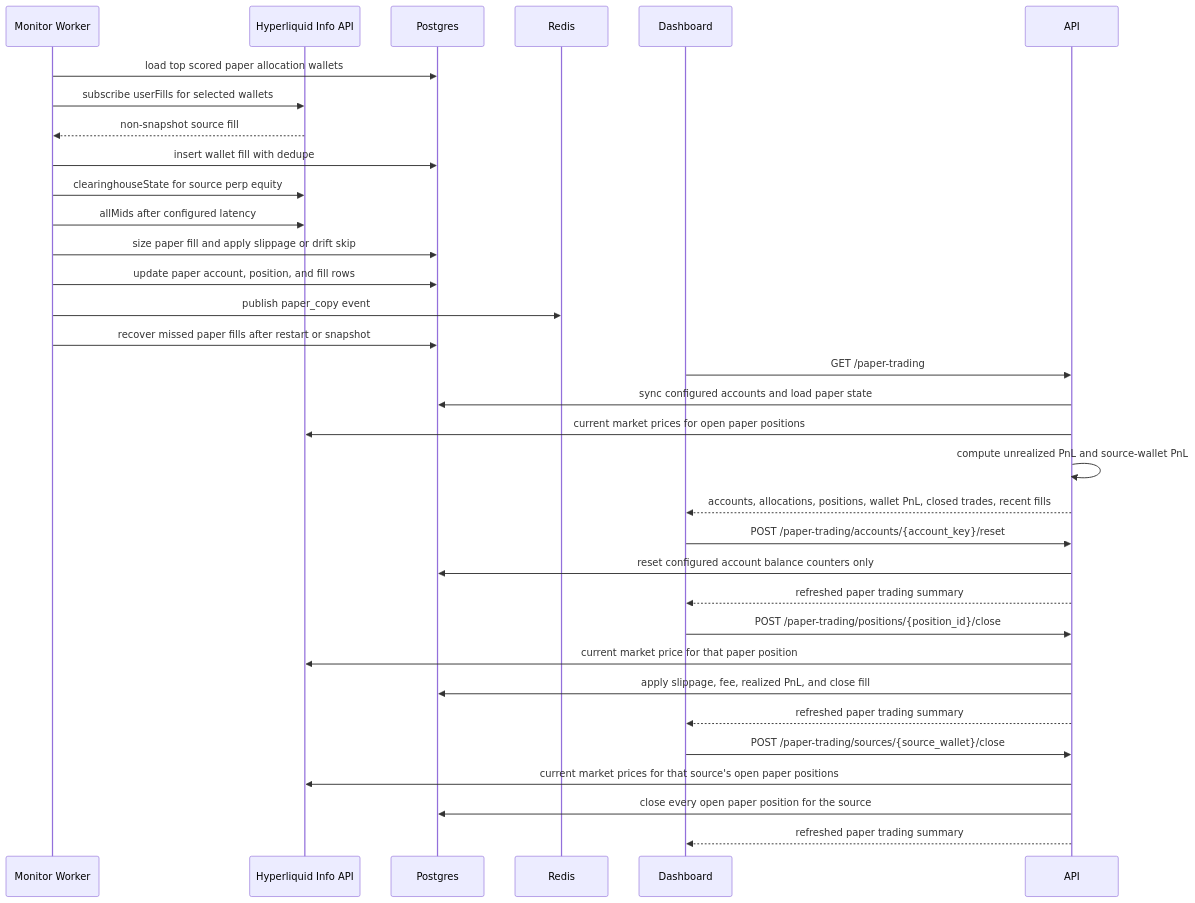
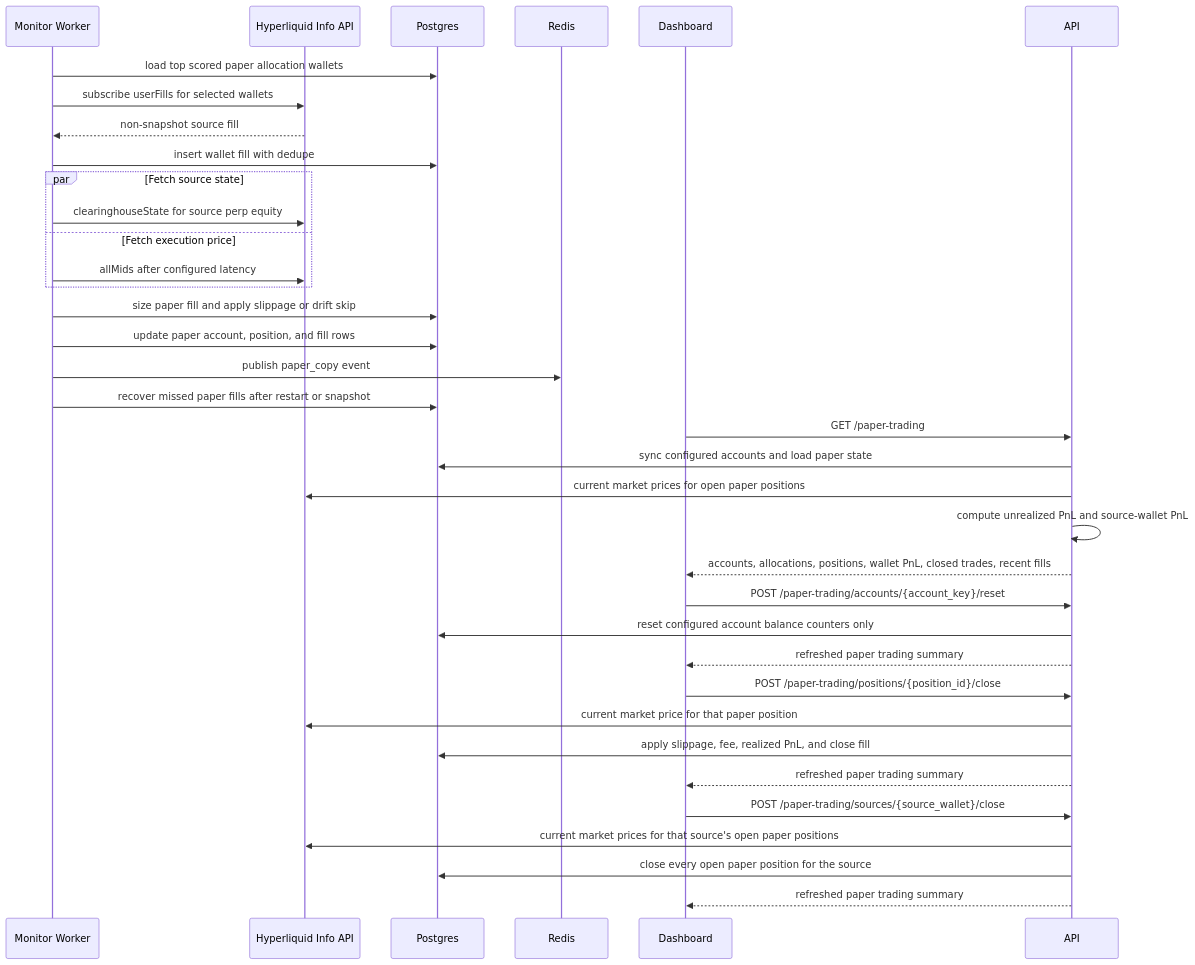
One commit to DrottPoker/copytrading-agent changed the tenth of 10 diagrams in docs/architecture.md. Above: the diagram before and after it, drawn with Mermaid. The commit also changed other lines of this file and 6 other files, not shown here.

````diff
--- a/docs/architecture.md
+++ b/docs/architecture.md
@@ -541,35 +541,38 @@
 ```mermaid
 sequenceDiagram
   participant Worker as Monitor Worker
   participant HL as Hyperliquid Info API
   participant DB as Postgres
   participant Redis as Redis
   participant UI as Dashboard
 
   Worker->>DB: load top scored paper allocation wallets
   Worker->>HL: subscribe userFills for selected wallets
   HL-->>Worker: non-snapshot source fill
   Worker->>DB: insert wallet fill with dedupe
-  Worker->>HL: clearinghouseState for source perp equity
-  Worker->>HL: allMids after configured latency
+  par Fetch source state
+    Worker->>HL: clearinghouseState for source perp equity
+  and Fetch execution price
+    Worker->>HL: allMids after configured latency
+  end
   Worker->>DB: size paper fill and apply slippage or drift skip
   Worker->>DB: update paper account, position, and fill rows
   Worker->>Redis: publish paper_copy event
   Worker->>DB: recover missed paper fills after restart or snapshot
   UI->>API: GET /paper-trading
   API->>DB: sync configured accounts and load paper state
   API->>HL: current market prices for open paper positions
   API->>API: compute unrealized PnL and source-wallet PnL
   API-->>UI: accounts, allocations, positions, wallet PnL, closed trades, recent fills
   UI->>API: POST /paper-trading/accounts/{account_key}/reset
   API->>DB: reset configured account balance counters only
   API-->>UI: refreshed paper trading summary
   UI->>API: POST /paper-trading/positions/{position_id}/close
   API->>HL: current market price for that paper position
   API->>DB: apply slippage, fee, realized PnL, and close fill
   API-->>UI: refreshed paper trading summary
   UI->>API: POST /paper-trading/sources/{source_wallet}/close
   API->>HL: current market prices for that source's open paper positions
   API->>DB: close every open paper position for the source
   API-->>UI: refreshed paper trading summary
 ```
````
